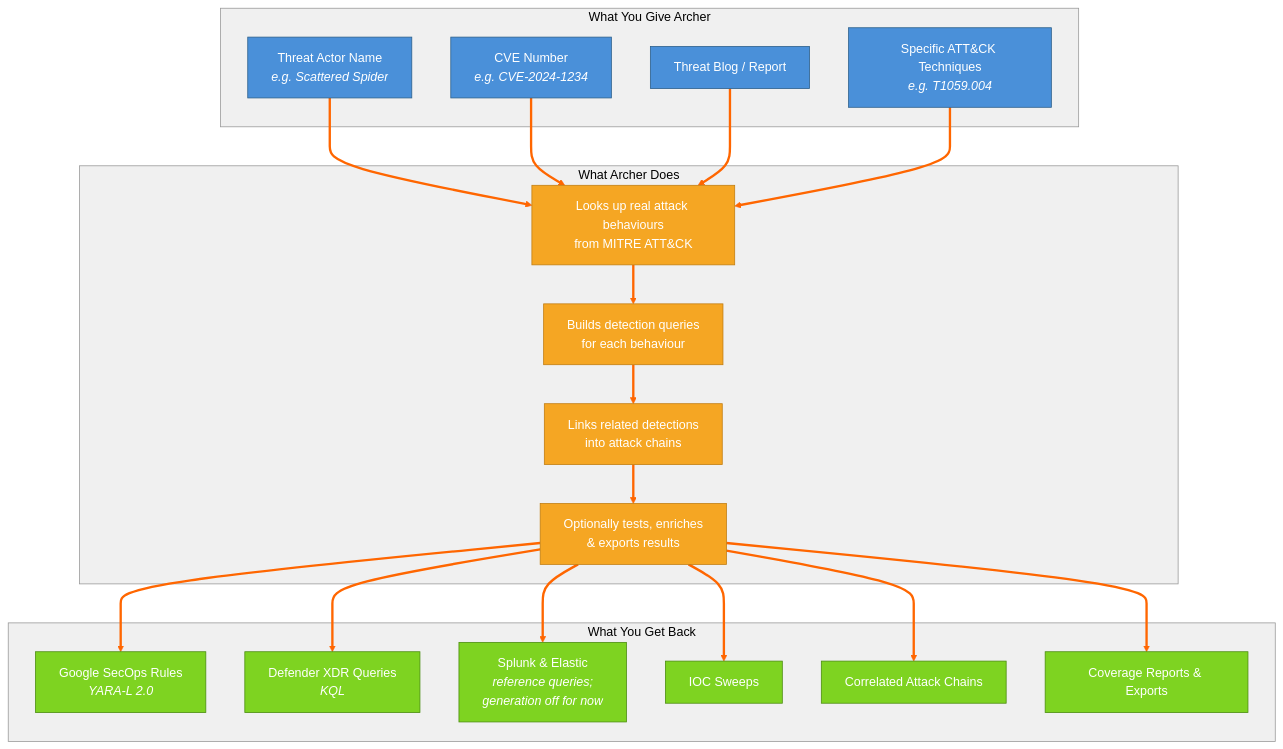
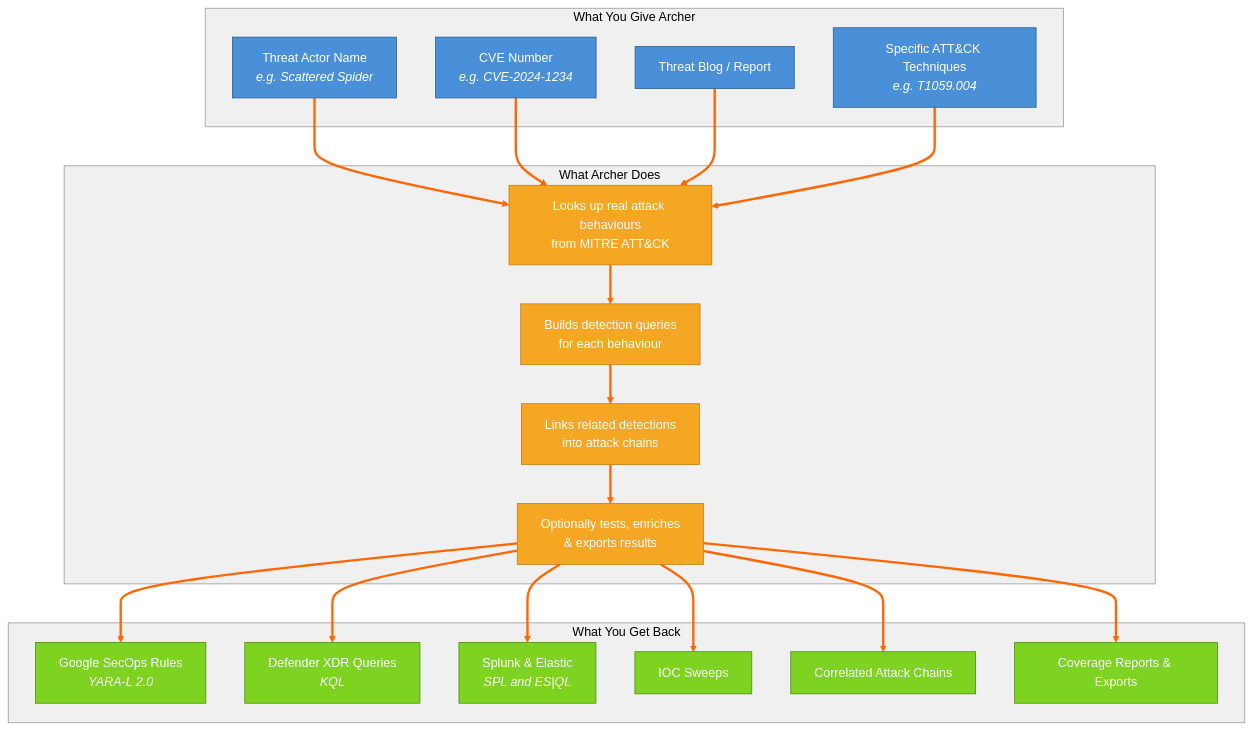
One commit to cmdaltr/shikari changed the diagram in docs/architecture/mermaid/04_1_system_overview_what_is_archer.md. Above: the diagram before and after it, drawn with Mermaid. The commit also changed 13 other files, not shown here.

````diff
--- a/docs/architecture/mermaid/04_1_system_overview_what_is_archer.md
+++ b/docs/architecture/mermaid/04_1_system_overview_what_is_archer.md
@@ -5,56 +5,56 @@
 ```mermaid
 %%{init: {'theme': 'base', 'themeVariables': {'lineColor': '#ff6600', 'edgeLabelBackground': '#ffffff', 'primaryColor': '#4a90d9', 'primaryTextColor': '#ffffff', 'primaryBorderColor': '#2c5f8a', 'secondaryColor': '#e8e8e8', 'tertiaryColor': '#f5f5f5', 'clusterBkg': '#f0f0f0', 'clusterBorder': '#999999', 'titleColor': '#000000', 'nodeTextColor': '#000000', 'background': '#ffffff'}}}%%
 graph TB
     subgraph "What You Give Archer"
         A["Threat Actor Name<br/><i>e.g. Scattered Spider</i>"]
         B["CVE Number<br/><i>e.g. CVE-2024-1234</i>"]
         C["Threat Blog / Report"]
         D["Specific ATT&CK Techniques<br/><i>e.g. T1059.004</i>"]
     end
 
     subgraph "What Archer Does"
         E["Looks up real attack behaviours<br/>from MITRE ATT&CK"]
         F["Builds detection queries<br/>for each behaviour"]
         G["Links related detections<br/>into attack chains"]
         H["Optionally tests, enriches<br/>& exports results"]
     end
 
     subgraph "What You Get Back"
         I["Google SecOps Rules<br/><i>YARA-L 2.0</i>"]
         J["Defender XDR Queries<br/><i>KQL</i>"]
-        K["Splunk & Elastic<br/><i>reference queries;<br/>generation off for now</i>"]
+        K["Splunk & Elastic<br/><i>SPL and ES|QL</i>"]
         L["IOC Sweeps"]
         M["Correlated Attack Chains"]
         N["Coverage Reports & Exports"]
     end
 
     A --> E
     B --> E
     C --> E
     D --> E
     E --> F
     F --> G
     G --> H
     H --> I
     H --> J
     H --> K
     H --> L
     H --> M
     H --> N
 
     style A fill:#4a90d9,stroke:#2c5f8a,color:#fff
     style B fill:#4a90d9,stroke:#2c5f8a,color:#fff
     style C fill:#4a90d9,stroke:#2c5f8a,color:#fff
     style D fill:#4a90d9,stroke:#2c5f8a,color:#fff
     style E fill:#f5a623,stroke:#c17d10,color:#fff
     style F fill:#f5a623,stroke:#c17d10,color:#fff
     style G fill:#f5a623,stroke:#c17d10,color:#fff
     style H fill:#f5a623,stroke:#c17d10,color:#fff
     style I fill:#7ed321,stroke:#4a8c0f,color:#fff
     style J fill:#7ed321,stroke:#4a8c0f,color:#fff
     style K fill:#7ed321,stroke:#4a8c0f,color:#fff
     style L fill:#7ed321,stroke:#4a8c0f,color:#fff
     style M fill:#7ed321,stroke:#4a8c0f,color:#fff
     style N fill:#7ed321,stroke:#4a8c0f,color:#fff
     linkStyle default stroke:#ff6600,stroke-width:3px
 ```
````
